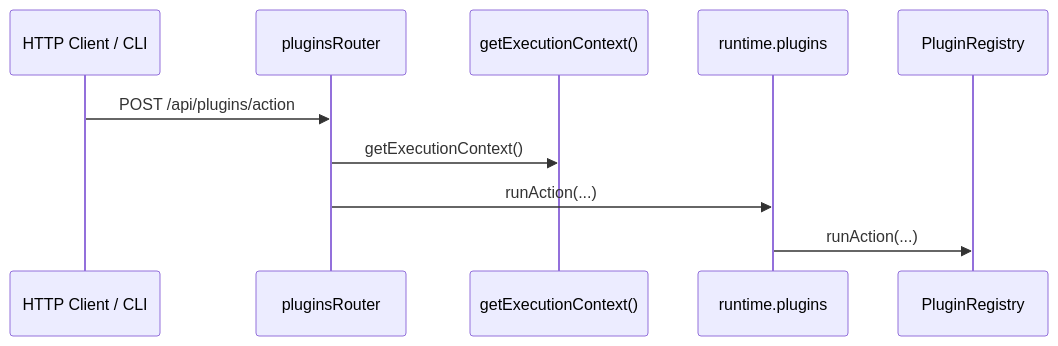
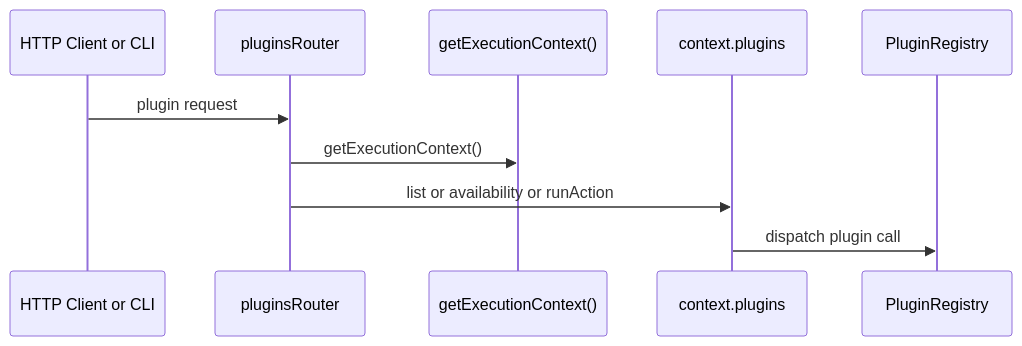
Before and after one commit to wangenius/downcity: the sixth of 7 diagrams in devdocs/startup-and-api-flow.md, drawn with Mermaid. The commit also changed other lines of this file and 96 other files, not shown here.

````diff
--- a/devdocs/startup-and-api-flow.md
+++ b/devdocs/startup-and-api-flow.md
@@ -245,13 +227,13 @@
 ```mermaid
 sequenceDiagram
-  participant Client as HTTP Client / CLI
-  participant Route as pluginsRouter
-  participant Runtime as getExecutionContext()
-  participant PluginPort as runtime.plugins
-  participant Registry as PluginRegistry
+  participant CLIENT as HTTP Client or CLI
+  participant ROUTE as pluginsRouter
+  participant CTX as getExecutionContext()
+  participant PORT as context.plugins
+  participant REG as PluginRegistry
 
-  Client->>Route: POST /api/plugins/action
-  Route->>Runtime: getExecutionContext()
-  Route->>PluginPort: runAction(...)
-  PluginPort->>Registry: runAction(...)
+  CLIENT->>ROUTE: plugin request
+  ROUTE->>CTX: getExecutionContext()
+  ROUTE->>PORT: list or availability or runAction
+  PORT->>REG: dispatch plugin call
 ```
````
